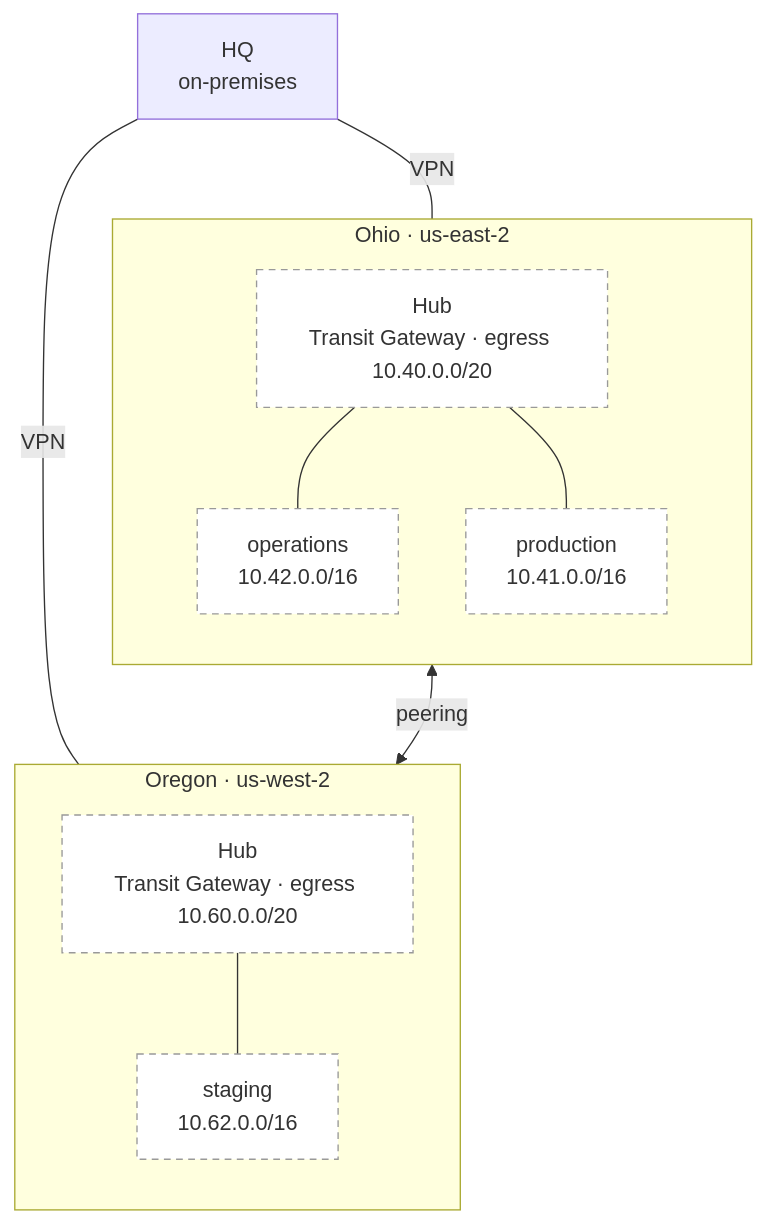
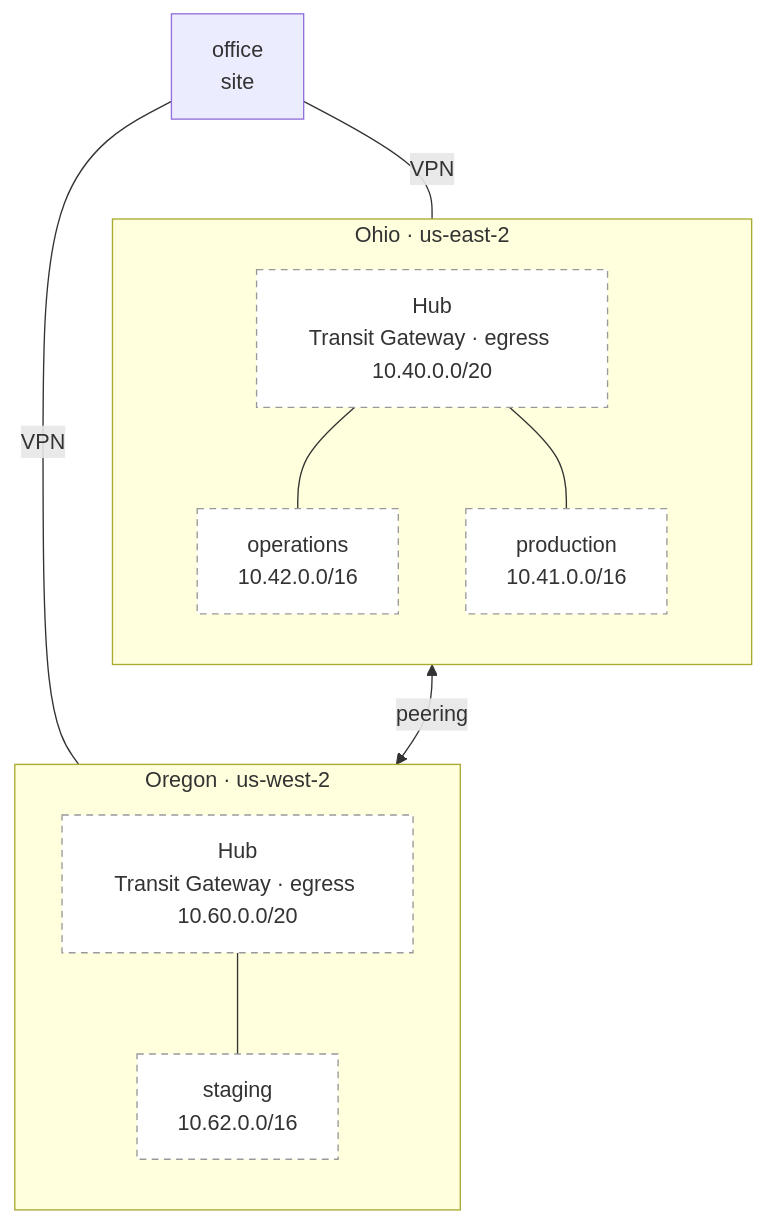
One commit to justin-samuel12/terraform-aws-scaffold changed the diagram in docs/diagram.md. Above: the diagram before and after it, drawn with Mermaid. The commit also changed 978 other files, not shown here.

````diff
--- a/docs/diagram.md
+++ b/docs/diagram.md
@@ -6,23 +6,23 @@
 ```mermaid
 flowchart TB
-  hq["HQ<br/>on-premises"]
+  site_office["office<br/>site"]
   subgraph us_east_2["Ohio · us-east-2"]
     direction TB
     hub_us_east_2["Hub<br/>Transit Gateway · egress 10.40.0.0/20"]:::planned
     operations_us_east_2["operations<br/>10.42.0.0/16"]:::planned
     production_us_east_2["production<br/>10.41.0.0/16"]:::planned
   end
   subgraph us_west_2["Oregon · us-west-2"]
     direction TB
     hub_us_west_2["Hub<br/>Transit Gateway · egress 10.60.0.0/20"]:::planned
     staging_us_west_2["staging<br/>10.62.0.0/16"]:::planned
   end
-  hq ---|VPN| hub_us_east_2
+  site_office ---|VPN| hub_us_east_2
   hub_us_east_2 --- operations_us_east_2
   hub_us_east_2 --- production_us_east_2
-  hq ---|VPN| hub_us_west_2
+  site_office ---|VPN| hub_us_west_2
   hub_us_west_2 --- staging_us_west_2
   hub_us_east_2 <-->|peering| hub_us_west_2
   classDef built fill:#e8f1fb,stroke:#2f6fb3,stroke-width:2px
   classDef planned fill:#ffffff,stroke:#999999,stroke-dasharray:5 4
 ```
````
